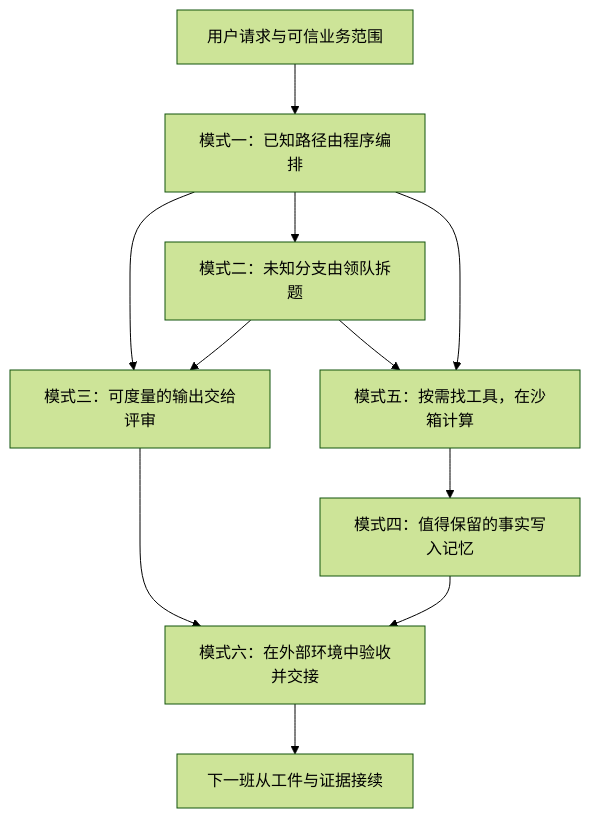
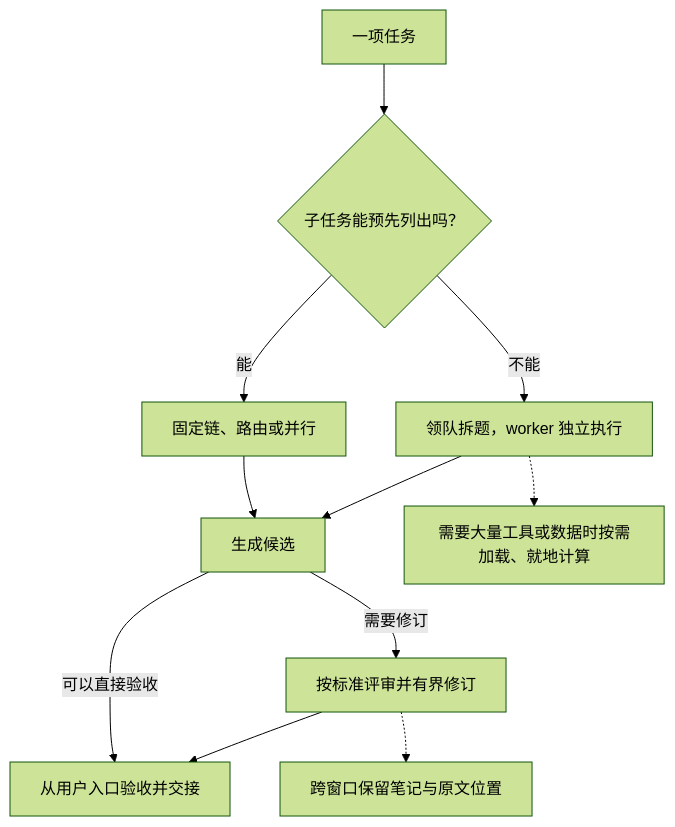
The first of 2 diagrams in 01-anthropic-foundations/02-anthropic-cookbooks-and-patterns.md (echonoshy/agent-engineering-handbook), drawn with Mermaid (forest theme) before and after one commit. The commit also changed other lines of this file and 21 other files, not shown here.

````diff
--- a/01-anthropic-foundations/02-anthropic-cookbooks-and-patterns.md
+++ b/01-anthropic-foundations/02-anthropic-cookbooks-and-patterns.md
@@ -9,13 +5,13 @@
 ```mermaid
 flowchart TD
-    R["用户请求与可信业务范围"] --> W["模式一：已知路径由程序编排"]
-    W --> P["模式二：未知分支由领队拆题"]
-    W --> V["模式三：可度量的输出交给评审"]
-    P --> V
-    P --> T["模式五：按需找工具，在沙箱计算"]
-    W --> T
-    T --> M["模式四：值得保留的事实写入记忆"]
-    V --> H["模式六：在外部环境中验收并交接"]
-    M --> H
-    H --> R2["下一班从工件与证据接续"]
+    A["一项任务"] --> B{"子任务能预先列出吗？"}
+    B -->|能| C["固定链、路由或并行"]
+    B -->|不能| D["领队拆题，worker 独立执行"]
+    C --> E["生成候选"]
+    D --> E
+    E -->|需要修订| F["按标准评审并有界修订"]
+    E -->|可以直接验收| G["从用户入口验收并交接"]
+    F --> G
+    D -.-> H["需要大量工具或数据时按需加载、就地计算"]
+    F -.-> I["跨窗口保留笔记与原文位置"]
 ```
````
